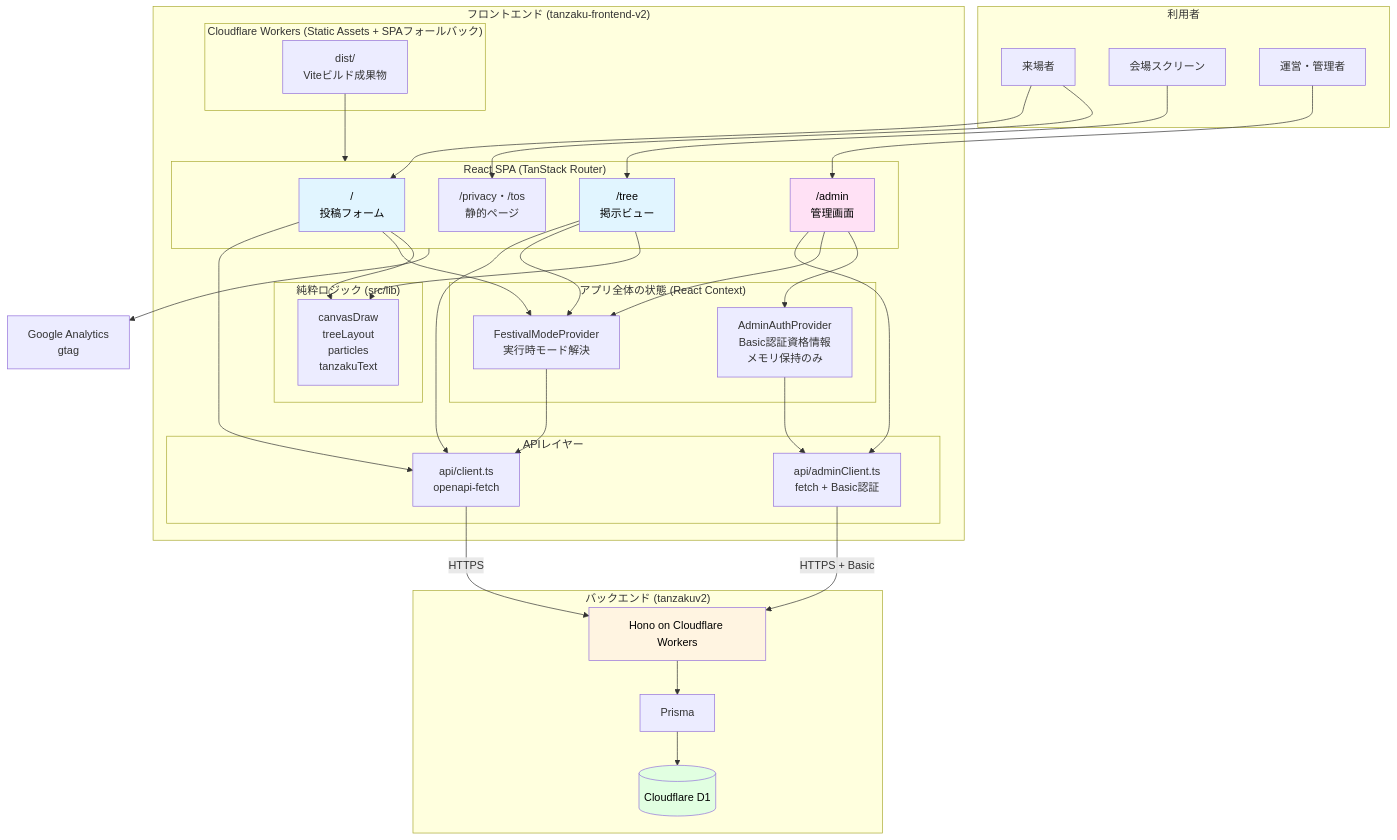
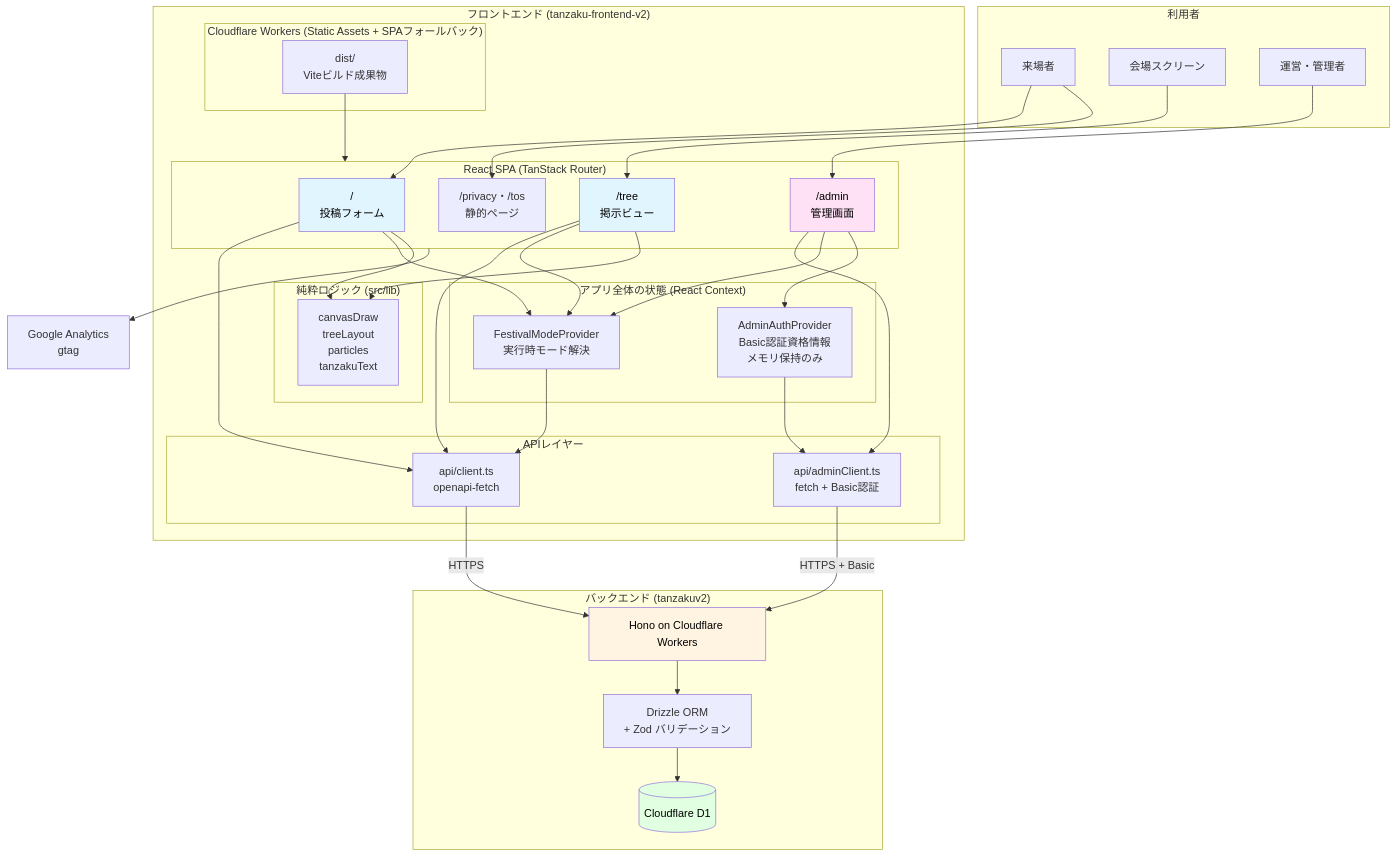
Before and after one commit to itl-marubu/tanzaku-frontend-v2: the first of 7 diagrams in architecture.md, drawn with Mermaid. The commit also changed other lines of this file and 1 other file, not shown here.

````diff
--- a/architecture.md
+++ b/architecture.md
@@ -7,76 +7,76 @@
 ```mermaid
 graph TB
     subgraph users["利用者"]
         U[来場者]
         S[会場スクリーン]
         A[運営・管理者]
     end
 
     subgraph fe["フロントエンド (tanzaku-frontend-v2)"]
         subgraph cf["Cloudflare Workers (Static Assets + SPAフォールバック)"]
             DIST["dist/<br/>Viteビルド成果物"]
         end
 
         subgraph spa["React SPA (TanStack Router)"]
             R1["/<br/>投稿フォーム"]
             R2["/tree<br/>掲示ビュー"]
             R3["/admin<br/>管理画面"]
             R4["/privacy・/tos<br/>静的ページ"]
         end
 
         subgraph ctx["アプリ全体の状態 (React Context)"]
             FM[FestivalModeProvider<br/>実行時モード解決]
             AA[AdminAuthProvider<br/>Basic認証資格情報<br/>メモリ保持のみ]
         end
 
         subgraph apilayer["APIレイヤー"]
             AC["api/client.ts<br/>openapi-fetch"]
             MC["api/adminClient.ts<br/>fetch + Basic認証"]
         end
 
         subgraph libs["純粋ロジック (src/lib)"]
             LD[canvasDraw<br/>treeLayout<br/>particles<br/>tanzakuText]
         end
     end
 
     subgraph be["バックエンド (tanzakuv2)"]
         H[Hono on Cloudflare Workers]
-        PR[Prisma]
+        PR["Drizzle ORM<br/>+ Zod バリデーション"]
         D1[(Cloudflare D1)]
     end
 
     GA[Google Analytics<br/>gtag]
 
     U --> R1
     S --> R2
     A --> R3
     U --> R4
 
     DIST --> spa
 
     R1 --> AC
     R2 --> AC
     R3 --> MC
     R3 --> FM
     R3 --> AA
     R1 --> FM
     R2 --> FM
     FM --> AC
     AA --> MC
 
     R1 --> LD
     R2 --> LD
 
     AC -->|HTTPS| H
     MC -->|HTTPS + Basic| H
     spa --> GA
 
     H --> PR
     PR --> D1
 
     style R1 fill:#e1f5ff,color:#000
     style R2 fill:#e1f5ff,color:#000
     style R3 fill:#ffe1f5,color:#000
     style H fill:#fff4e1,color:#000
     style D1 fill:#e1ffe1,color:#000
 ```
````
